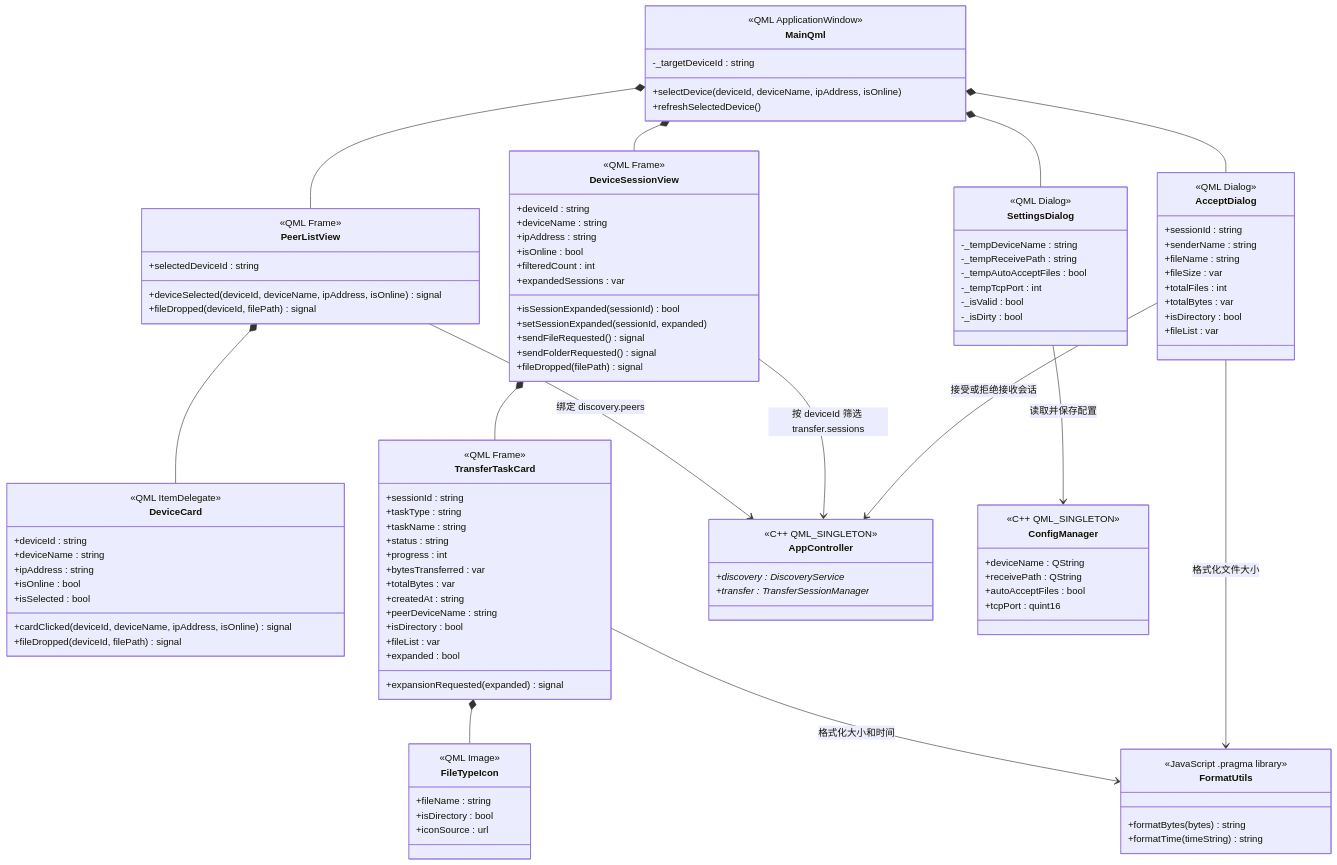
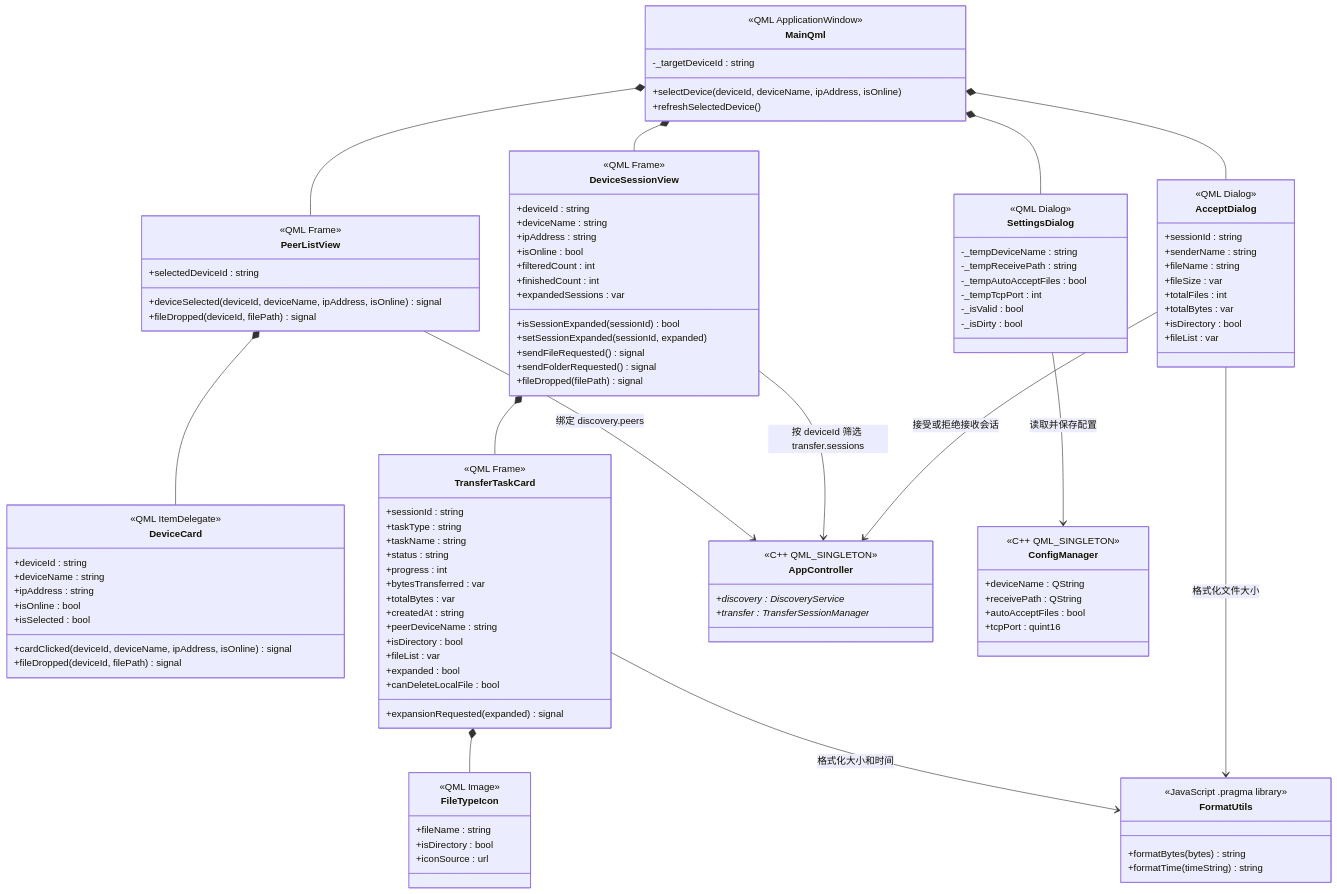
Before and after one commit to Gsheep0729/GridYard: the fourth of 5 diagrams in doc/diagrams/class-diagram.md, drawn with Mermaid. The commit also changed other lines of this file and 12 other files, not shown here.

```diff
--- a/doc/diagrams/class-diagram.md
+++ b/doc/diagrams/class-diagram.md
@@ -341,6 +348,7 @@
         +ipAddress : string
         +isOnline : bool
         +filteredCount : int
+        +finishedCount : int
         +expandedSessions : var
         +isSessionExpanded(sessionId) bool
         +setSessionExpanded(sessionId, expanded)
@@ -363,6 +371,7 @@
         +isDirectory : bool
         +fileList : var
         +expanded : bool
+        +canDeleteLocalFile : bool
         +expansionRequested(expanded) signal
     }
 
```
